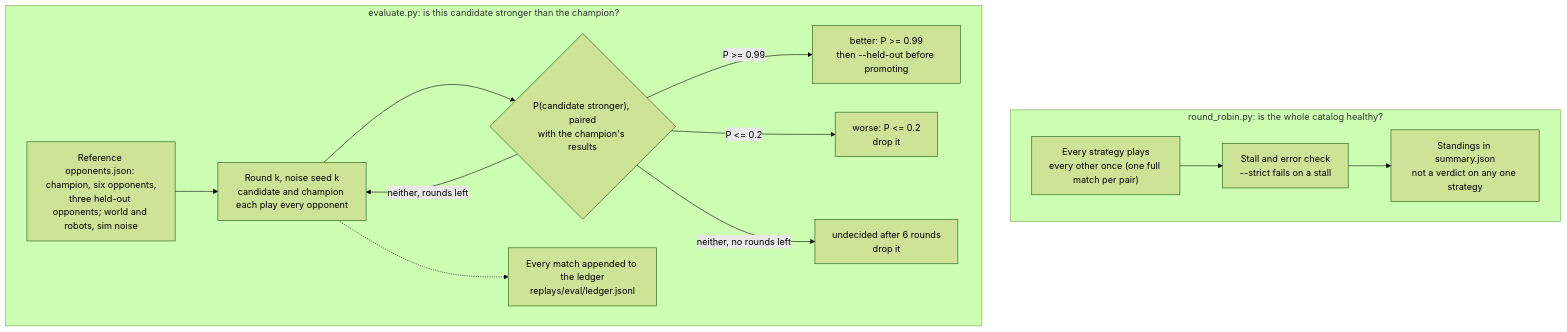
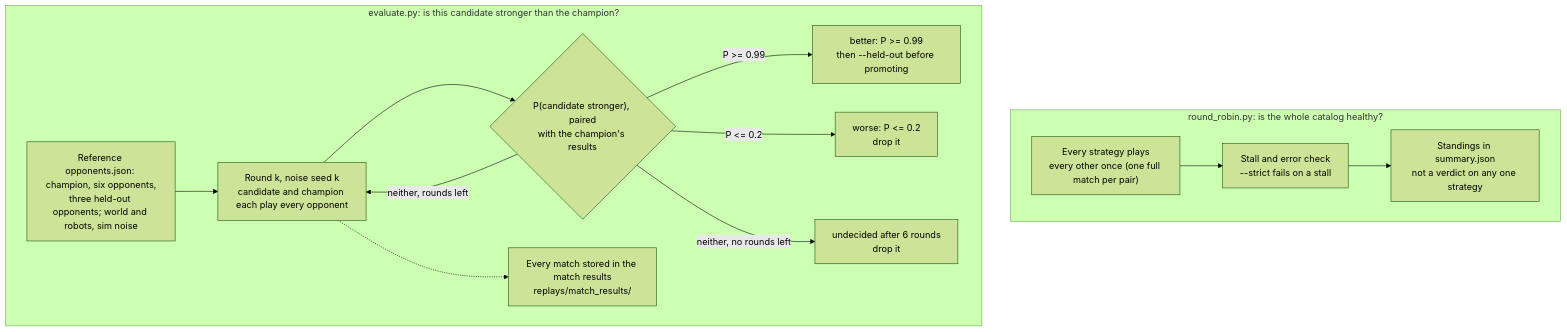
One commit to First-Order-RoboCup-SSL/Utama-Core changed the fourth of 5 diagrams in docs/STRATEGY_DEVELOPMENT.md. Above: the diagram before and after it, drawn with Mermaid (forest theme). The commit also changed other lines of this file and 25 other files, not shown here.

First line of the commit message:
replay: one match results store, reuse automatic

````diff
--- a/docs/STRATEGY_DEVELOPMENT.md
+++ b/docs/STRATEGY_DEVELOPMENT.md
@@ -270,25 +272,25 @@
 ```mermaid
 flowchart TD
     subgraph rr["round_robin.py: is the whole catalog healthy?"]
         r1["Every strategy plays<br/>every other once (one full match per pair)"]
         r2["Stall and error check<br/>--strict fails on a stall"]
         r3["Standings in summary.json<br/>not a verdict on any one strategy"]
         r1 --> r2 --> r3
     end
 
     subgraph ev["evaluate.py: is this candidate stronger than the champion?"]
         e1["Reference opponents.json: champion, six opponents,<br/>three held-out opponents; world and robots, sim noise"]
         e2["Round k, noise seed k<br/>candidate and champion each play every opponent"]
-        e7["Every match appended to the ledger<br/>replays/eval/ledger.jsonl"]
+        e7["Every match stored in the match results<br/>replays/match_results/"]
         e3{"P(candidate stronger), paired<br/>with the champion's results"}
         e4["better: P >= 0.99<br/>then --held-out before promoting"]
         e5["worse: P <= 0.2<br/>drop it"]
         e6["undecided after 6 rounds<br/>drop it"]
         e1 --> e2 --> e3
         e2 -.-> e7
         e3 -- "P >= 0.99" --> e4
         e3 -- "P <= 0.2" --> e5
         e3 -- "neither, rounds left" --> e2
         e3 -- "neither, no rounds left" --> e6
     end
 ```
````
